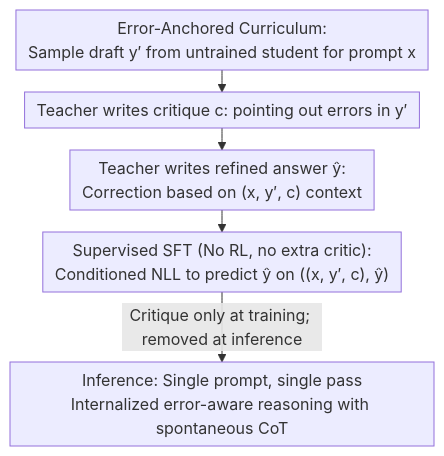
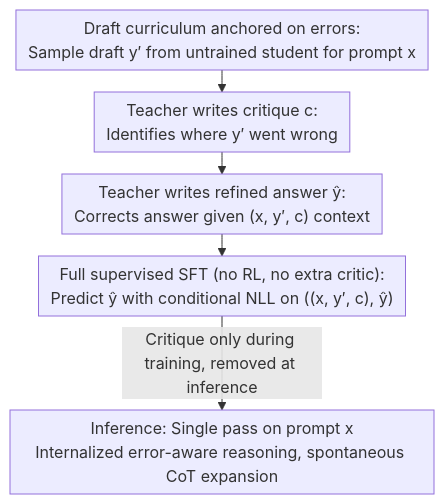
The diagram in docs/ICML2026/model_compression/critique-guided_distillation_for_robust_reasoning_via_refinement.md (zhaoyang97/Paper-Notes-en), drawn with Mermaid before and after one commit. The commit also changed other lines of this file and 5084 other files, not shown here.

````diff
--- a/docs/ICML2026/model_compression/critique-guided_distillation_for_robust_reasoning_via_refinement.md
+++ b/docs/ICML2026/model_compression/critique-guided_distillation_for_robust_reasoning_via_refinement.md
@@ -44,9 +44,9 @@
 ```mermaid
 %%{init: {'flowchart': {'rankSpacing': 22, 'nodeSpacing': 26, 'padding': 6, 'wrappingWidth': 400}}}%%
 flowchart TD
-    Y["Error-Anchored Curriculum:<br/>Sample draft y′ from untrained student for prompt x"]
-    Y --> C["Teacher writes critique c: pointing out errors in y′"]
-    C --> R["Teacher writes refined answer ŷ:<br/>Correction based on (x, y′, c) context"]
-    R --> SFT["Supervised SFT (No RL, no extra critic):<br/>Conditioned NLL to predict ŷ on ((x, y′, c), ŷ)"]
-    SFT -->|Critique only at training; removed at inference| INF["Inference: Single prompt, single pass<br/>Internalized error-aware reasoning with spontaneous CoT"]
+    Y["Draft curriculum anchored on errors:<br/>Sample draft y′ from untrained student for prompt x"]
+    Y --> C["Teacher writes critique c:<br/>Identifies where y′ went wrong"]
+    C --> R["Teacher writes refined answer ŷ:<br/>Corrects answer given (x, y′, c) context"]
+    R --> SFT["Full supervised SFT (no RL, no extra critic):<br/>Predict ŷ with conditional NLL on ((x, y′, c), ŷ)"]
+    SFT -->|Critique only during training, removed at inference| INF["Inference: Single pass on prompt x<br/>Internalized error-aware reasoning, spontaneous CoT expansion"]
 ```
````
